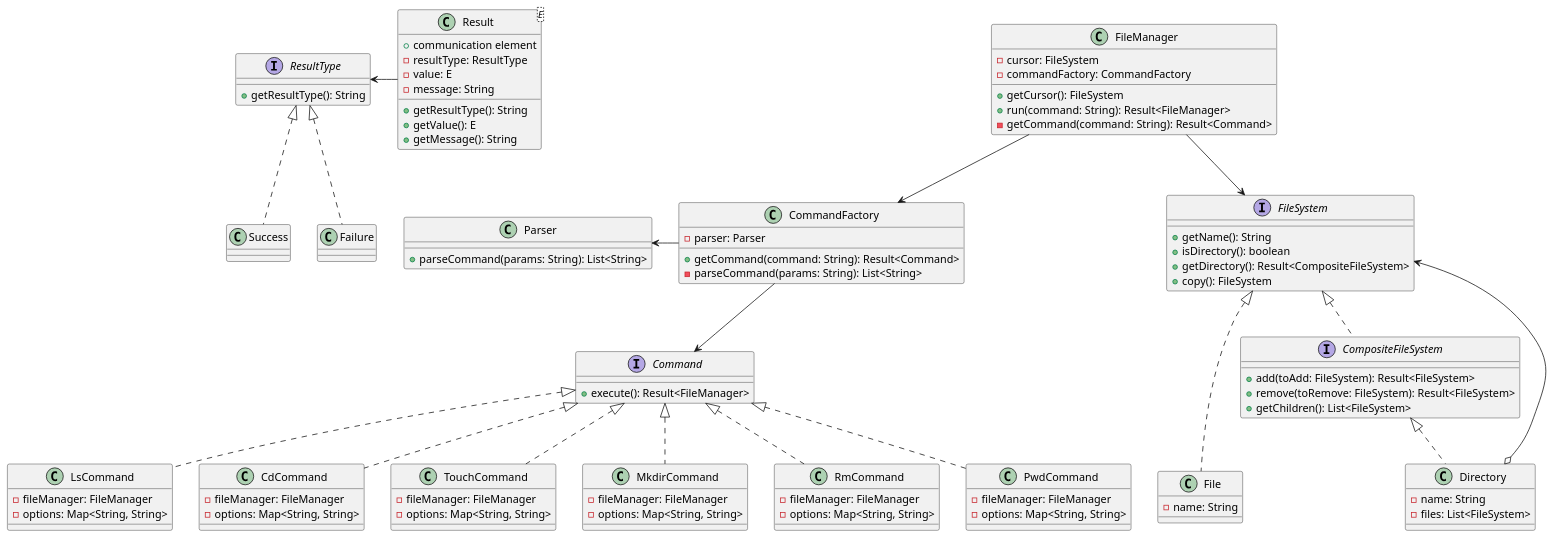
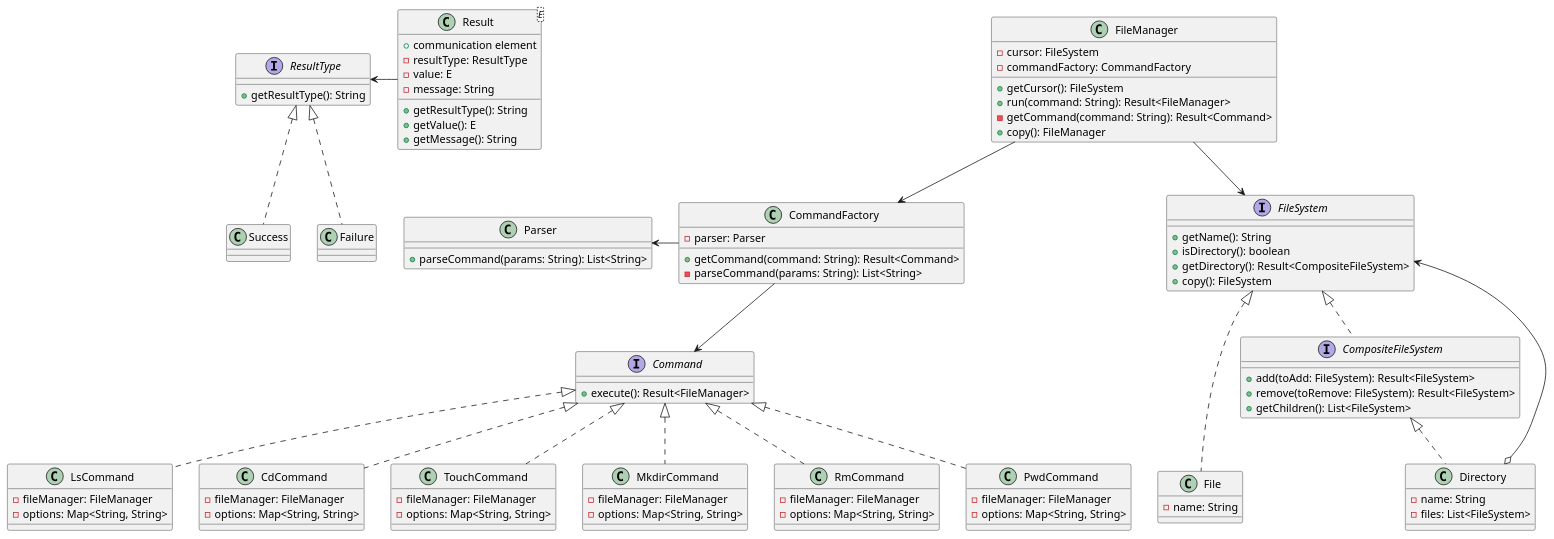
The diagram in diagramas/cliffordV1.puml (austral-ingsis-classroom/clifford-NachoCor2007), drawn with PlantUML before and after one commit.

Commit message:
Updated class diagram.

```diff
--- a/diagramas/cliffordV1.puml
+++ b/diagramas/cliffordV1.puml
@@ -1,122 +1,123 @@
 @startuml
 
 interface ResultType {
   + getResultType(): String
 }
 
 ResultType <- Result
 
 class Success {}
 
 class Failure {}
 
 ResultType <|.. Success
 ResultType <|.. Failure
 
 class FileManager {
   - cursor: FileSystem
   - commandFactory: CommandFactory
   + getCursor(): FileSystem
   + run(command: String): Result<FileManager>
   - getCommand(command: String): Result<Command>
+  + copy(): FileManager
 }
 
 interface FileSystem {
   + getName(): String
   + isDirectory(): boolean
   + getDirectory(): Result<CompositeFileSystem>
   + copy(): FileSystem
 }
 
 FileManager --> FileSystem
 
 class File {
   - name: String
 }
 
 FileSystem <|... File
 
 interface CompositeFileSystem {
   + add(toAdd: FileSystem): Result<FileSystem>
   + remove(toRemove: FileSystem): Result<FileSystem>
   + getChildren(): List<FileSystem>
 }
 
 FileSystem <|.. CompositeFileSystem
 
 class Directory {
   - name: String
   - files: List<FileSystem>
 }
 
 CompositeFileSystem <|.. Directory
 FileSystem <--o Directory
 
 class CommandFactory {
   - parser: Parser
   + getCommand(command: String): Result<Command>
   - parseCommand(params: String): List<String>
 }
 
 FileManager --> CommandFactory
 
 class Parser {
   + parseCommand(params: String): List<String>
 }
 
 Parser <- CommandFactory
 
 interface Command {
   + execute(): Result<FileManager>
 }
 
 CommandFactory --> Command
 
 class LsCommand {
   - fileManager: FileManager
   - options: Map<String, String>
 }
 
 class CdCommand {
   - fileManager: FileManager
   - options: Map<String, String>
 }
 
 class TouchCommand {
   - fileManager: FileManager
   - options: Map<String, String>
 }
 
 class MkdirCommand {
   - fileManager: FileManager
   - options: Map<String, String>
 }
 
 class RmCommand {
   - fileManager: FileManager
   - options: Map<String, String>
 }
 
 class PwdCommand {
   - fileManager: FileManager
   - options: Map<String, String>
 }
 
 Command <|.. LsCommand
 Command <|.. CdCommand
 Command <|.. TouchCommand
 Command <|.. MkdirCommand
 Command <|.. RmCommand
 Command <|.. PwdCommand
 
 class Result<E> {
   + communication element
   - resultType: ResultType
   - value: E
   - message: String
   + getResultType(): String
   + getValue(): E
   + getMessage(): String
 }
 
 @enduml
```
